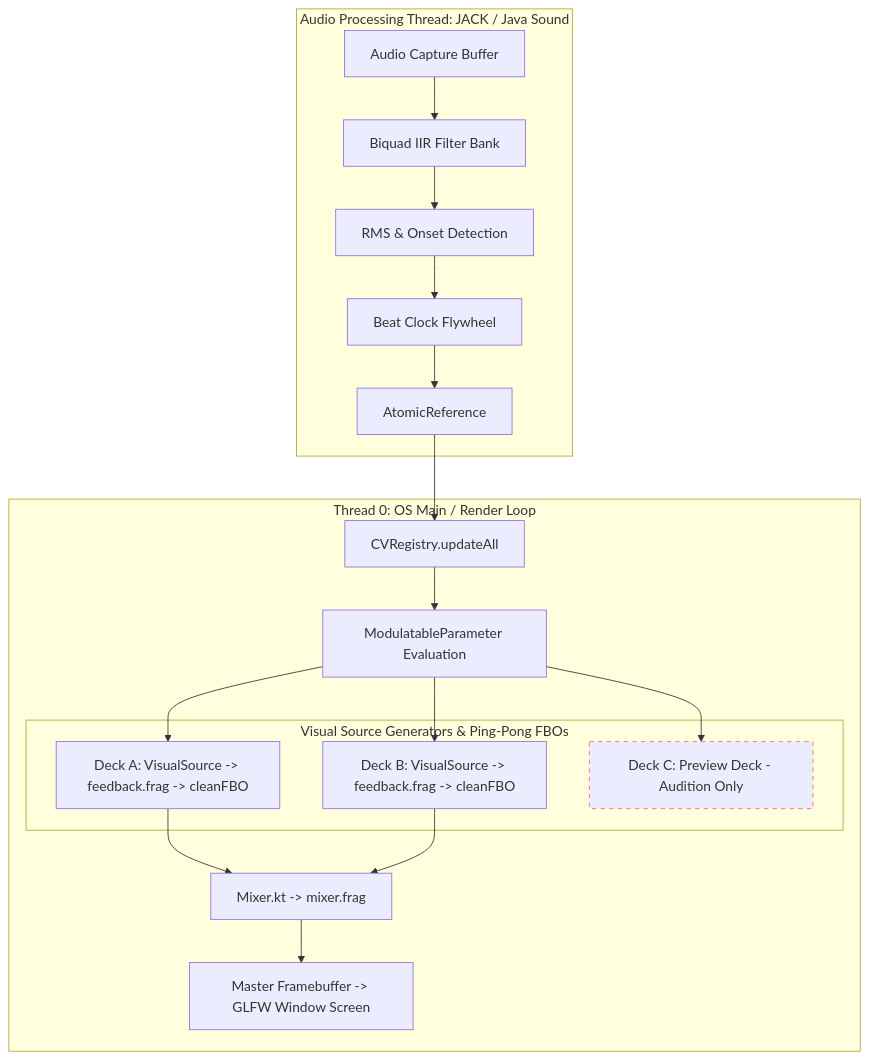
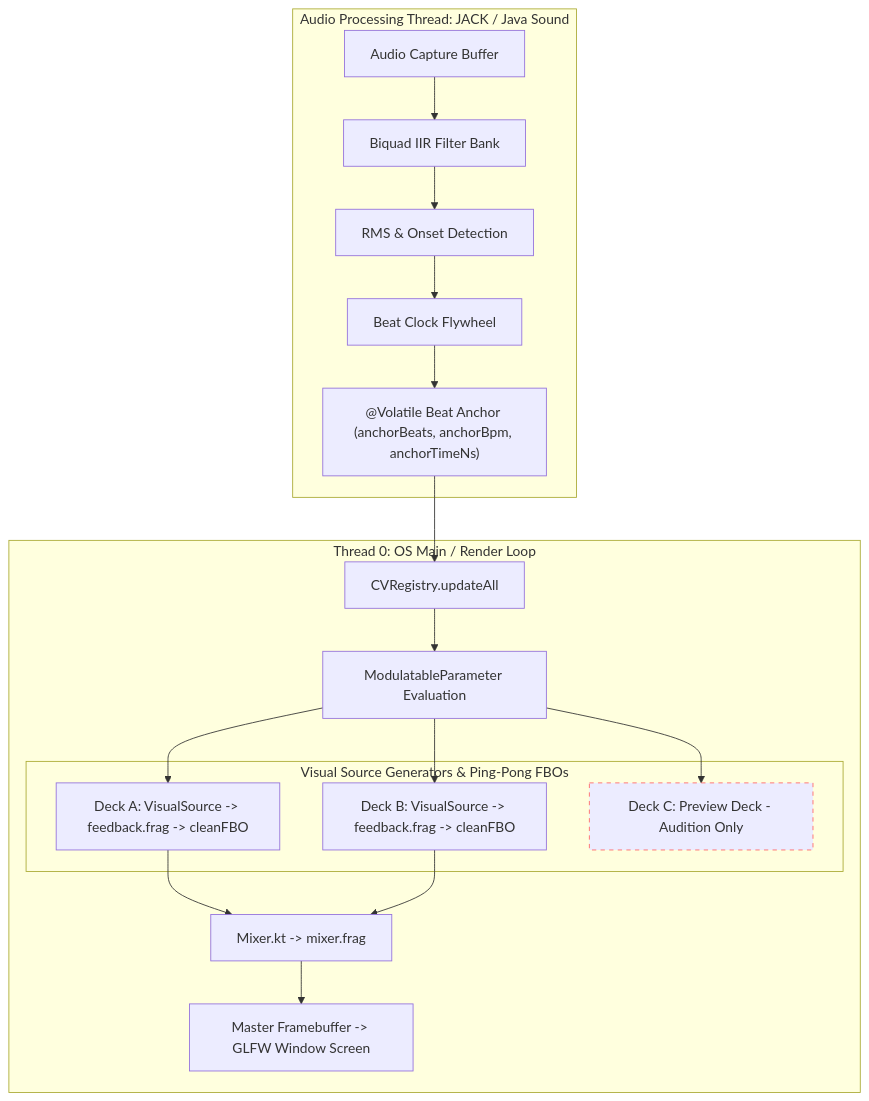
The diagram in docs/developer/architecture.md (greenjon/liquid-lsd), drawn with Mermaid before and after one commit. The commit also changed other lines of this file and 7 other files, not shown here.

Commit message:
docs(architecture): update architecture docs to reflect zero-alloc volatile beat clock & library paths

````diff
--- a/docs/developer/architecture.md
+++ b/docs/developer/architecture.md
@@ -9,30 +9,30 @@
 ```mermaid
 graph TD
     subgraph Audio_Thread [Audio Processing Thread: JACK / Java Sound]
         AudioIn[Audio Capture Buffer] --> Biquad[Biquad IIR Filter Bank]
         Biquad --> RMS[RMS & Onset Detection]
         RMS --> Flywheel[Beat Clock Flywheel]
-        Flywheel --> Anchor[AtomicReference<BeatAnchor>]
+        Flywheel --> Anchor["@Volatile Beat Anchor (anchorBeats, anchorBpm, anchorTimeNs)"]
     end
 
     subgraph Thread_0 [Thread 0: OS Main / Render Loop]
         Anchor --> CVReg[CVRegistry.updateAll]
         CVReg --> ModEval[ModulatableParameter Evaluation]
         
         subgraph Deck_Generators [Visual Source Generators & Ping-Pong FBOs]
             DeckA[Deck A: VisualSource -> feedback.frag -> cleanFBO]
             DeckB[Deck B: VisualSource -> feedback.frag -> cleanFBO]
             DeckC[Deck C: Preview Deck - Audition Only]
         end
         
         ModEval --> DeckA
         ModEval --> DeckB
         ModEval --> DeckC
         
         DeckA --> Mixer[Mixer.kt -> mixer.frag]
         DeckB --> Mixer
         Mixer --> Screen[Master Framebuffer -> GLFW Window Screen]
     end
     
     style DeckC stroke:#f66,stroke-dasharray: 5 5
 ```
````
